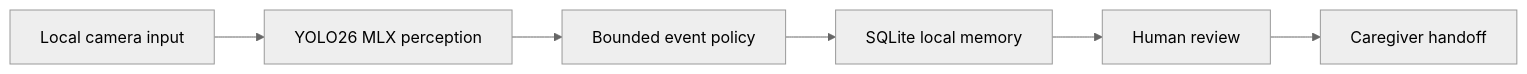
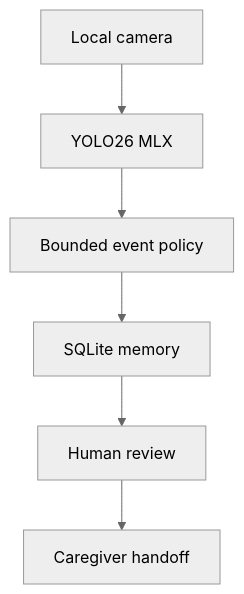
One commit to Vel-Labs/CareSight changed the diagram in README.md. Above: the diagram before and after it, drawn with Mermaid (neutral theme). The commit also changed 19 other files, not shown here.

Commit message:
Tighten README diagrams and remove poster asset

````diff
--- a/README.md
+++ b/README.md
@@ -75,11 +75,15 @@
 ```mermaid
-flowchart LR
-  Camera["Local camera input"]
-  Vision["YOLO26 MLX perception"]
+flowchart TD
+  Camera["Local camera"]
+  Vision["YOLO26 MLX"]
   Policy["Bounded event policy"]
-  Memory["SQLite local memory"]
+  Memory["SQLite memory"]
   Review["Human review"]
   Handoff["Caregiver handoff"]
 
-  Camera --> Vision --> Policy --> Memory --> Review --> Handoff
+  Camera --> Vision
+  Vision --> Policy
+  Policy --> Memory
+  Memory --> Review
+  Review --> Handoff
 ```
````
